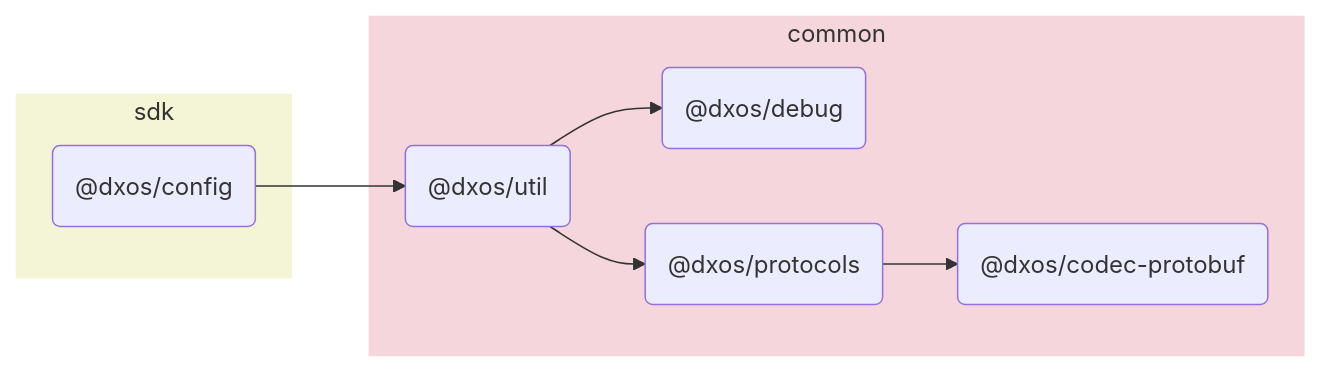
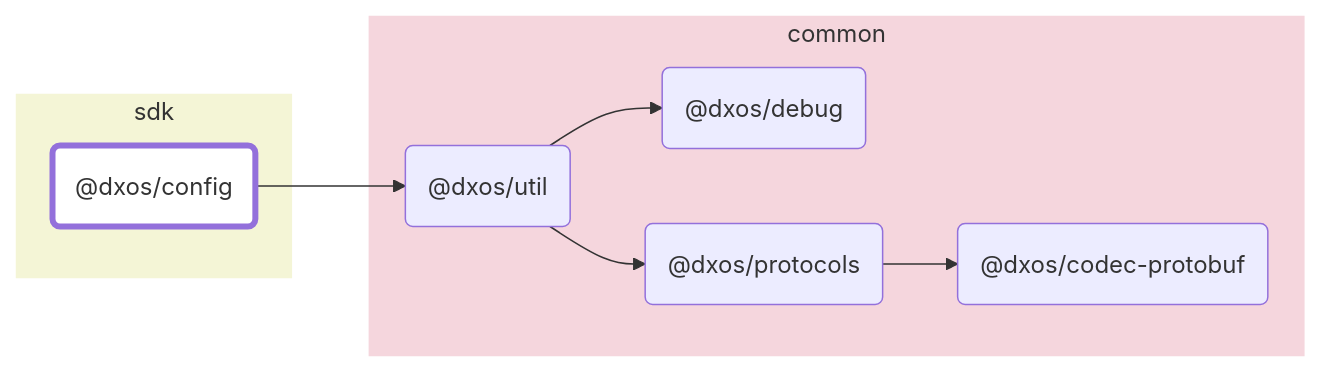
The diagram in packages/sdk/config/docs/README.md (dxos/dxos), drawn with Mermaid before and after one commit. The commit also changed other lines of this file and 88 other files, not shown here.

````diff
--- a/packages/sdk/config/docs/README.md
+++ b/packages/sdk/config/docs/README.md
@@ -5,21 +7,28 @@
 ```mermaid
 flowchart LR;
+
+style dxos/config fill:#fff,stroke-width:4px;
+
+click dxos/codec-protobuf "https:/github.com/dxos/dxos/tree/main/packages/common/codec-protobuf/docs";
+click dxos/debug "https:/github.com/dxos/dxos/tree/main/packages/common/debug/docs";
+click dxos/protocols "https:/github.com/dxos/dxos/tree/main/packages/common/protocols/docs";
+click dxos/util "https:/github.com/dxos/dxos/tree/main/packages/common/util/docs";
 
 subgraph sdk
   style sdk fill:#f4f5d6,stroke:#fff;
   dxos/config("@dxos/config");
 end
 
 subgraph common
   style common fill:#f5d6dd,stroke:#fff;
   dxos/codec-protobuf("@dxos/codec-protobuf");
   dxos/debug("@dxos/debug");
   dxos/protocols("@dxos/protocols");
   dxos/util("@dxos/util");
 end
 
 dxos/protocols --> dxos/codec-protobuf;
 dxos/config --> dxos/util;
 dxos/util --> dxos/debug;
 dxos/util --> dxos/protocols;
 ```
````
